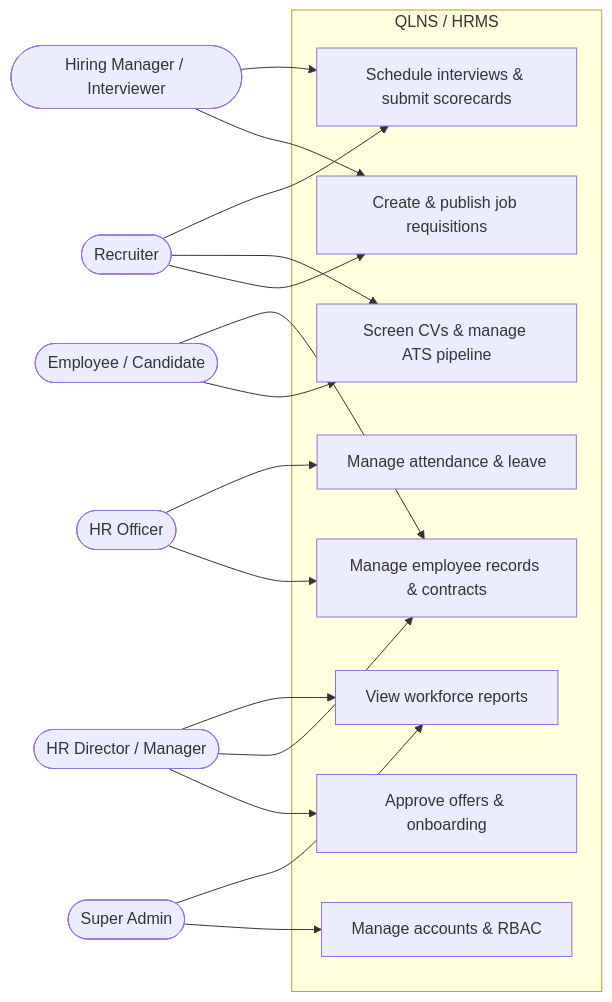
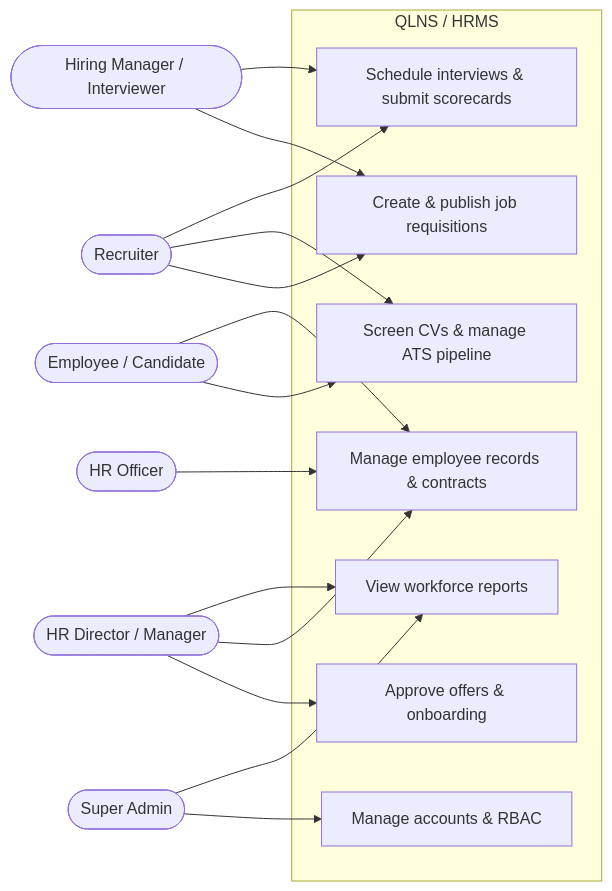
Before and after one commit to nvdat16/QLNS: the first of 5 diagrams in docs/use_cases.md, drawn with Mermaid. The commit also changed other lines of this file and 20 other files, not shown here.

````diff
--- a/docs/use_cases.md
+++ b/docs/use_cases.md
@@ -18,35 +18,33 @@
 ```mermaid
 flowchart LR
     Admin([Super Admin])
     HRMgr([HR Director / Manager])
     Recruiter([Recruiter])
     Interviewer([Hiring Manager / Interviewer])
     HROfficer([HR Officer])
     User([Employee / Candidate])
 
     subgraph HRMS["QLNS / HRMS"]
         Jobs[Create & publish job requisitions]
         ATS[Screen CVs & manage ATS pipeline]
         Interviews[Schedule interviews & submit scorecards]
         Offers[Approve offers & onboarding]
         Records[Manage employee records & contracts]
-        Attendance[Manage attendance & leave]
         Reports[View workforce reports]
         Access[Manage accounts & RBAC]
     end
 
     Recruiter --> Jobs
     Recruiter --> ATS
     Recruiter --> Interviews
     Interviewer --> Jobs
     Interviewer --> Interviews
     HRMgr --> Offers
     HRMgr --> Records
     HRMgr --> Reports
     HROfficer --> Records
-    HROfficer --> Attendance
     User --> ATS
     User --> Records
     Admin --> Access
     Admin --> Reports
 ```
````
